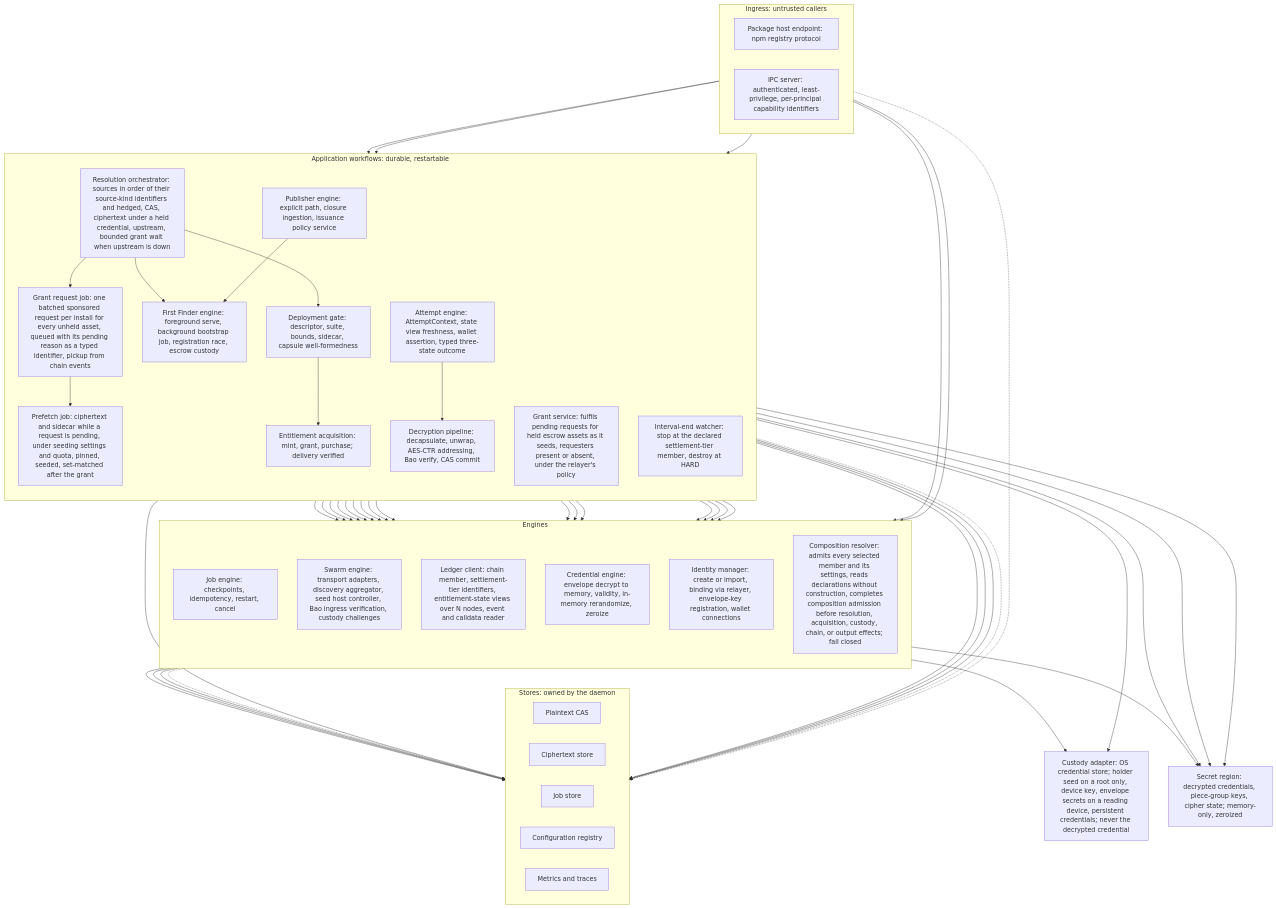
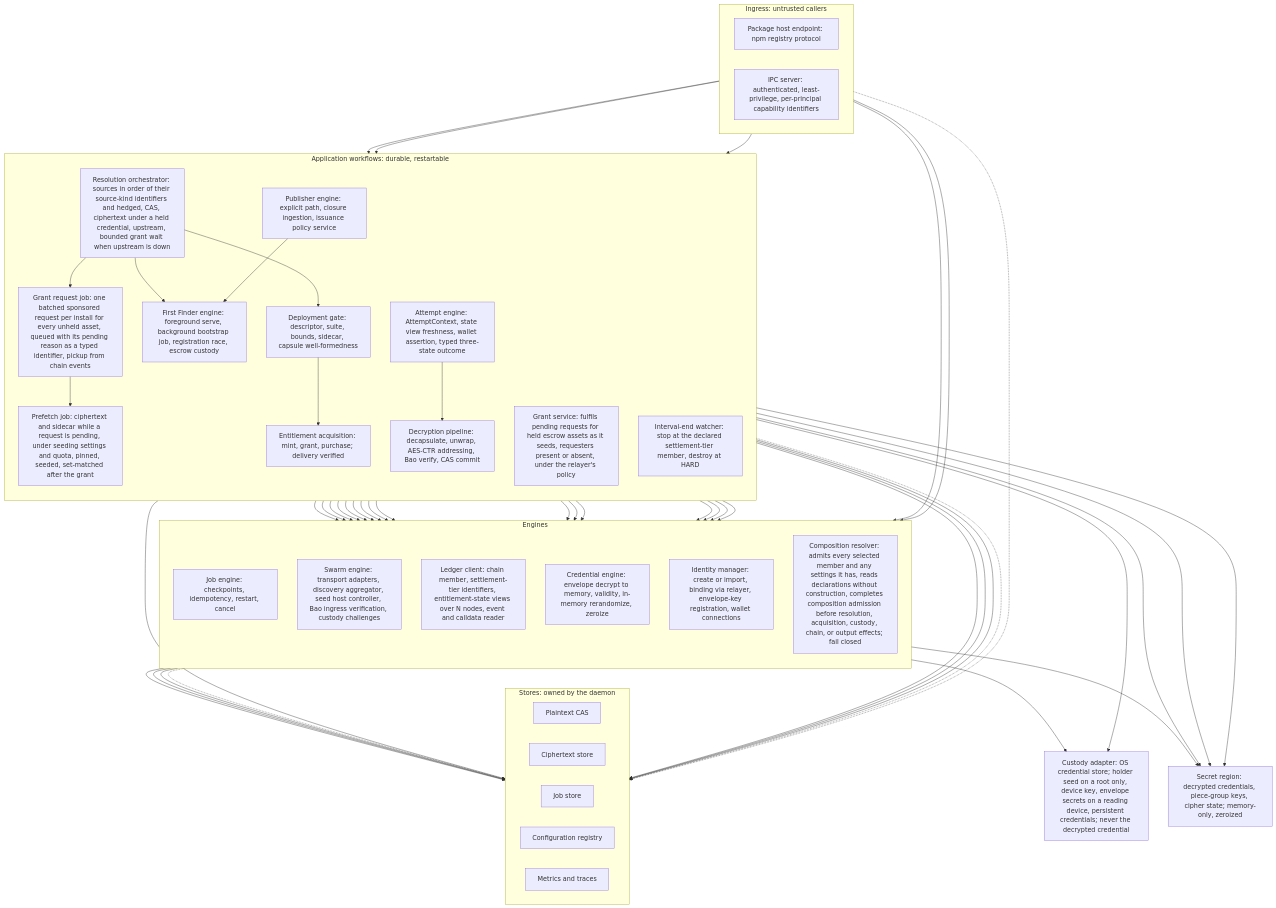
The second of 4 diagrams in docs/project-planning/system-architecture.md (tsylvester/chaintorrent), drawn with Mermaid before and after one commit. The commit also changed other lines of this file and 11 other files, not shown here.

```diff
--- a/docs/project-planning/system-architecture.md
+++ b/docs/project-planning/system-architecture.md
@@ -180,7 +181,7 @@
         ledger["Ledger client: chain member, settlement-tier identifiers, entitlement-state views over N nodes, event and calldata reader"]
         cred["Credential engine: envelope decrypt to memory, validity, in-memory rerandomize, zeroize"]
         identity["Identity manager: create or import, binding via relayer, envelope-key registration, wallet connections"]
-        resolver["Composition resolver: admits every selected member and its settings, reads declarations without construction, completes composition admission before resolution, acquisition, custody, chain, or output effects; fail closed"]
+        resolver["Composition resolver: admits every selected member and any settings it has, reads declarations without construction, completes composition admission before resolution, acquisition, custody, chain, or output effects; fail closed"]
     end
 
     subgraph stores["Stores: owned by the daemon"]
```
